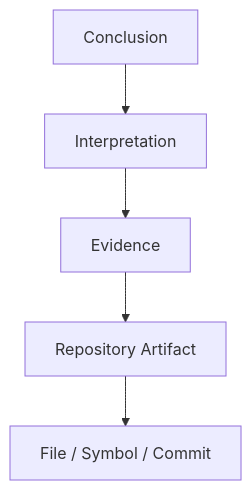
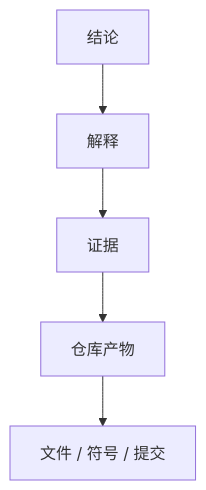
Before and after one commit to devweekly/devweekly.github.io: the diagram in .trae/skills/repo-research-v2/report-schema.md, drawn with Mermaid. The commit also changed other lines of this file and 2 other files, not shown here.

````diff
--- a/.trae/skills/repo-research-v2/report-schema.md
+++ b/.trae/skills/repo-research-v2/report-schema.md
@@ -11,7 +11,7 @@
 ```mermaid
 flowchart TD
-    A[Conclusion] --> B[Interpretation]
-    B --> C[Evidence]
-    C --> D[Repository Artifact]
-    D --> E[File / Symbol / Commit]
+    A[结论] --> B[解释]
+    B --> C[证据]
+    C --> D[仓库产物]
+    D --> E[文件 / 符号 / 提交]
 ```
````
